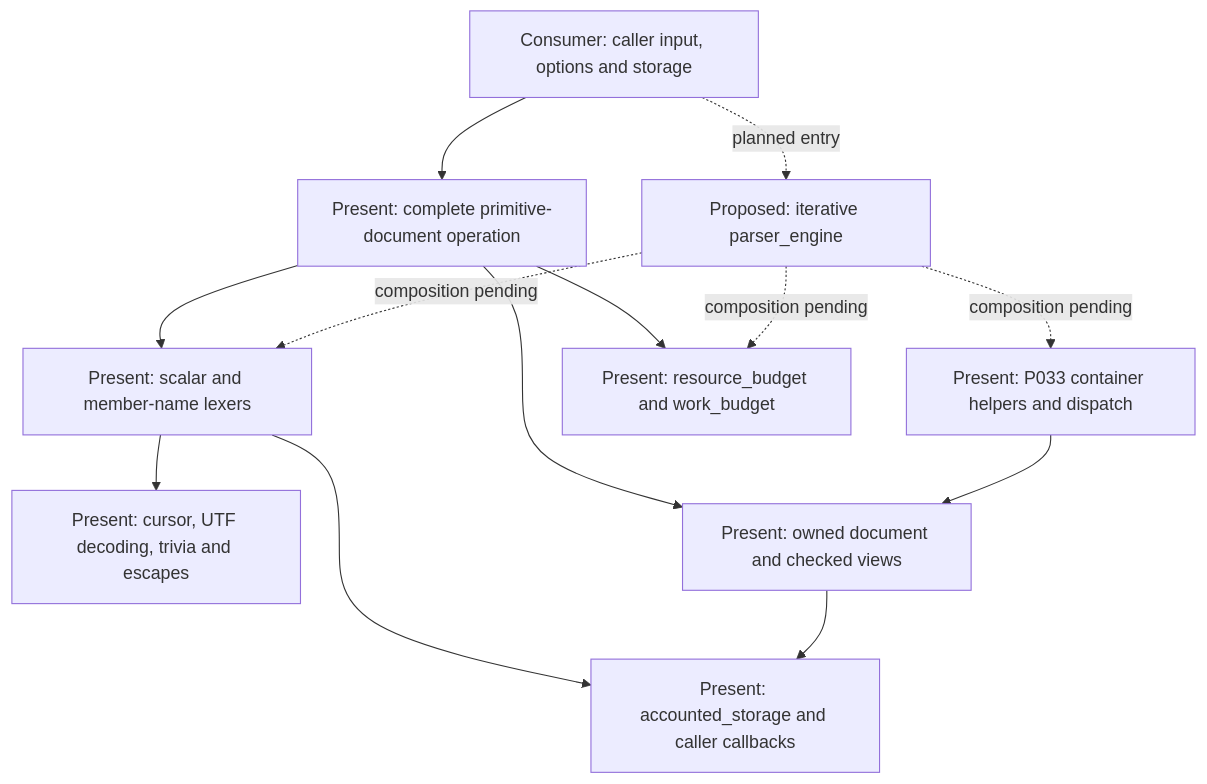
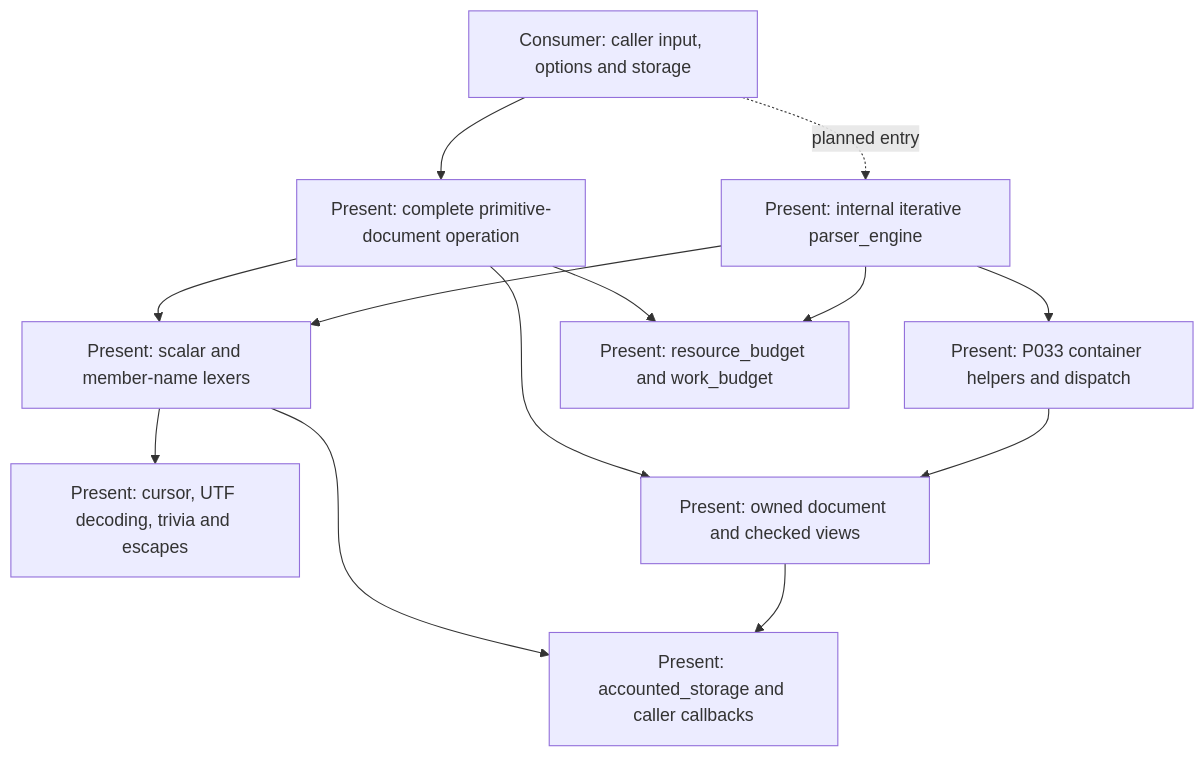
The fourth of 14 diagrams in docs/current-architecture.md (Romanr92/Adaptive_JSON5), drawn with Mermaid before and after one commit. The commit also changed other lines of this file and 267 other files, not shown here.

````diff
--- a/docs/current-architecture.md
+++ b/docs/current-architecture.md
@@ -245,24 +254,24 @@
 ```mermaid
 flowchart TB
     Consumer[Consumer: caller input, options and storage]
     Primitive[Present: complete primitive-document operation]
-    Engine[Proposed: iterative parser_engine]
+    Engine[Present: internal iterative parser_engine]
     Helpers[Present: P033 container helpers and dispatch]
     Lexers[Present: scalar and member-name lexers]
     Characters[Present: cursor, UTF decoding, trivia and escapes]
     Model[Present: owned document and checked views]
     Resources[Present: resource_budget and work_budget]
     Storage[Present: accounted_storage and caller callbacks]
     Consumer --> Primitive
     Consumer -. planned entry .-> Engine
     Primitive --> Lexers
     Primitive --> Model
     Primitive --> Resources
-    Engine -. composition pending .-> Helpers
-    Engine -. composition pending .-> Lexers
-    Engine -. composition pending .-> Resources
+    Engine --> Helpers
+    Engine --> Lexers
+    Engine --> Resources
     Helpers --> Model
     Lexers --> Characters
     Lexers --> Storage
     Model --> Storage
 ```
````
